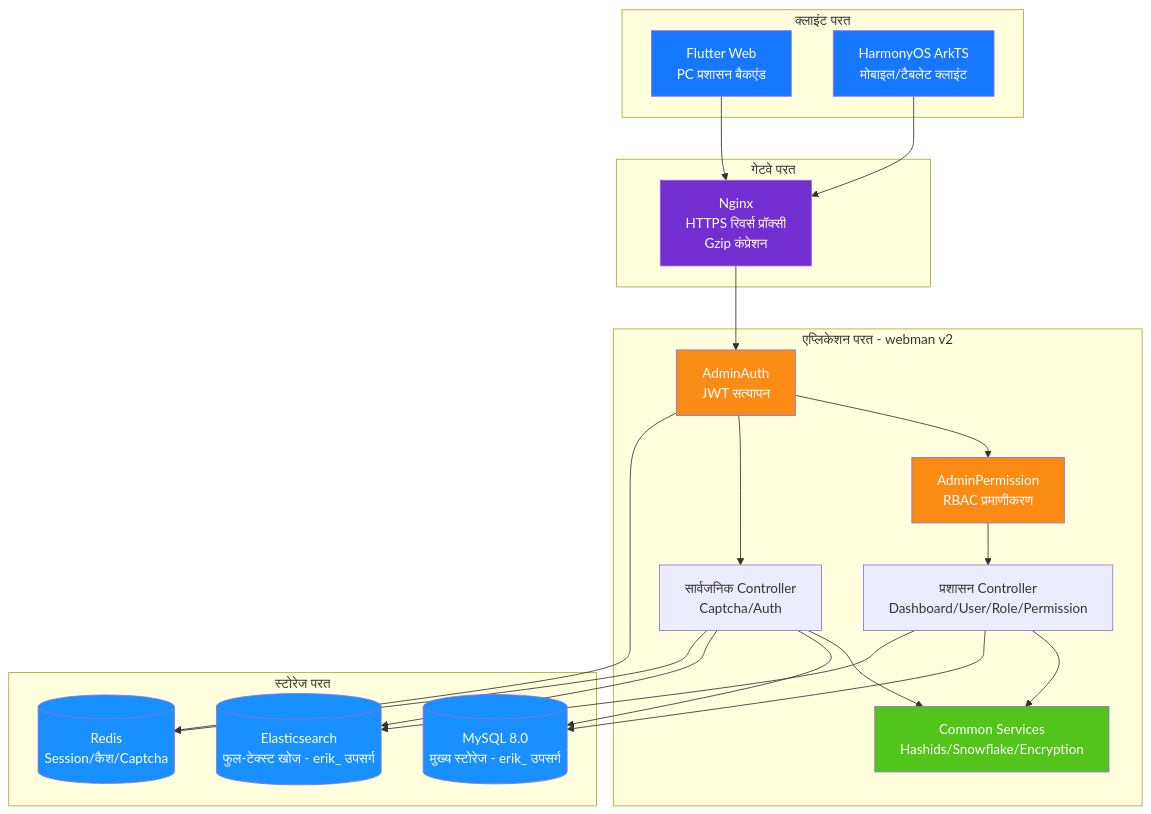
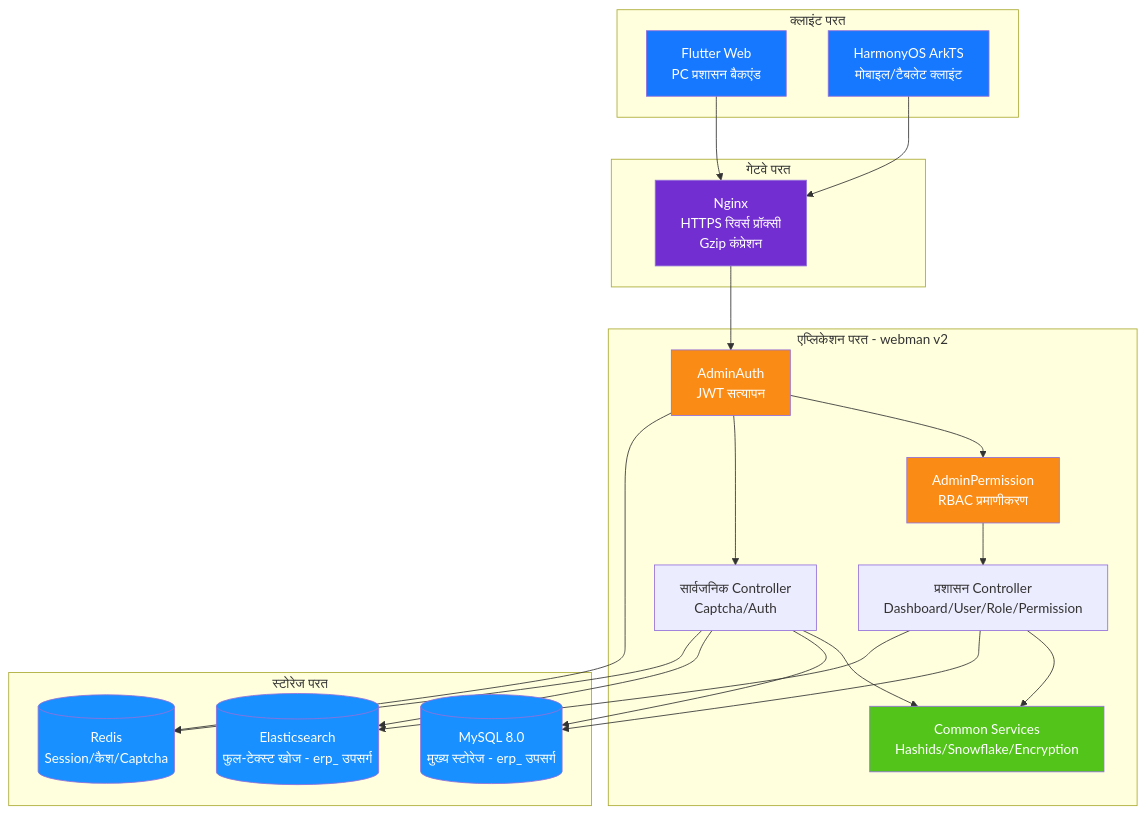
Before and after one commit to erikwang2013/erp-php: the diagram in docs/i18n/hi/diagrams/01-system-architecture.md, drawn with Mermaid. The commit also changed 449 other files, not shown here.

First line of the commit message:
全局命名统一：数据库 erp、表前缀 erp_、Redis 前缀 erp:（原 erik_/open_admin）

````diff
--- a/docs/i18n/hi/diagrams/01-system-architecture.md
+++ b/docs/i18n/hi/diagrams/01-system-architecture.md
@@ -3,50 +3,50 @@
 ```mermaid
 flowchart TB
     subgraph clients["क्लाइंट परत"]
         flutter["Flutter Web<br/>PC प्रशासन बैकएंड"]
         harmony["HarmonyOS ArkTS<br/>मोबाइल/टैबलेट क्लाइंट"]
     end
 
     subgraph gateway["गेटवे परत"]
         nginx["Nginx<br/>HTTPS रिवर्स प्रॉक्सी<br/>Gzip कंप्रेशन"]
     end
 
     subgraph app["एप्लिकेशन परत - webman v2"]
         auth["AdminAuth<br/>JWT सत्यापन"]
         perm["AdminPermission<br/>RBAC प्रमाणीकरण"]
         admin["प्रशासन Controller<br/>Dashboard/User/Role/Permission"]
         public["सार्वजनिक Controller<br/>Captcha/Auth"]
         common["Common Services<br/>Hashids/Snowflake/Encryption"]
     end
 
     subgraph storage["स्टोरेज परत"]
-        mysql[("MySQL 8.0<br/>मुख्य स्टोरेज - erik_ उपसर्ग")]
-        es[("Elasticsearch<br/>फुल-टेक्स्ट खोज - erik_ उपसर्ग")]
+        mysql[("MySQL 8.0<br/>मुख्य स्टोरेज - erp_ उपसर्ग")]
+        es[("Elasticsearch<br/>फुल-टेक्स्ट खोज - erp_ उपसर्ग")]
         redis[("Redis<br/>Session/कैश/Captcha")]
     end
 
     flutter --> nginx
     harmony --> nginx
     nginx --> auth
     auth --> perm
     perm --> admin
     auth --> public
     admin --> common
     public --> common
     admin --> mysql
     public --> mysql
     admin --> es
     public --> es
     auth --> redis
     public --> redis
 
     style flutter fill:#1677FF,color:#fff
     style harmony fill:#1677FF,color:#fff
     style nginx fill:#722ED1,color:#fff
     style auth fill:#FA8C16,color:#fff
     style perm fill:#FA8C16,color:#fff
     style common fill:#52C41A,color:#fff
     style mysql fill:#1890FF,color:#fff
     style es fill:#1890FF,color:#fff
     style redis fill:#1890FF,color:#fff
 ```
````
